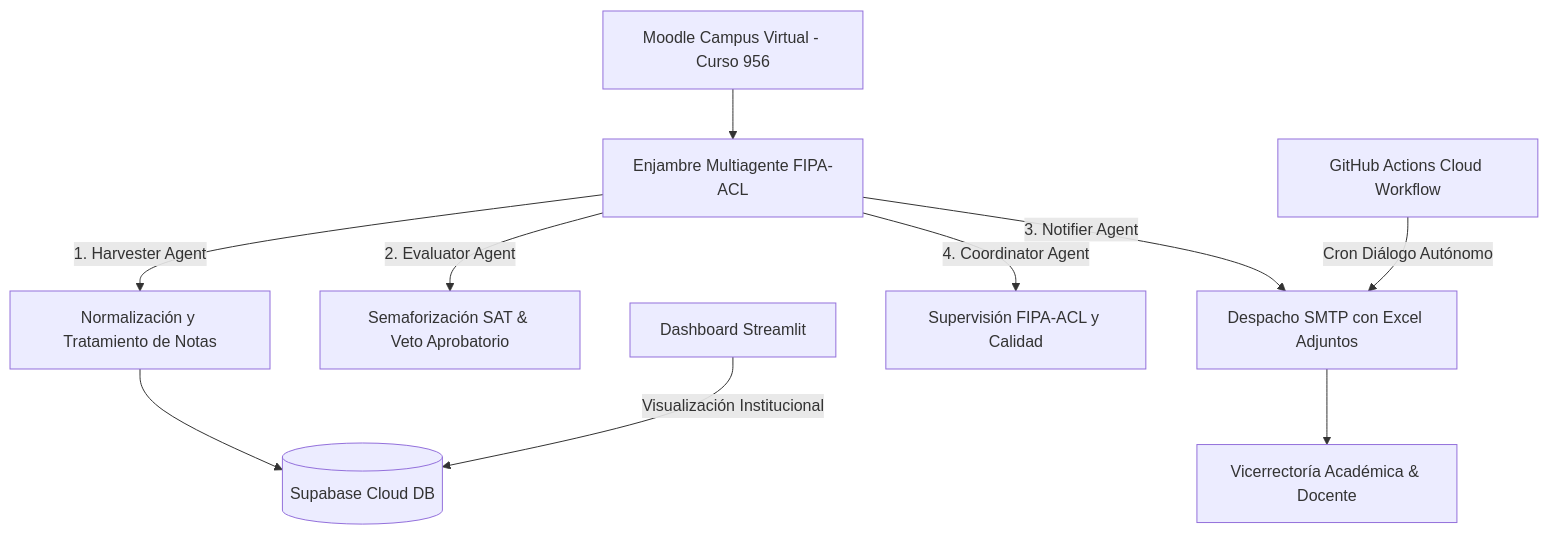
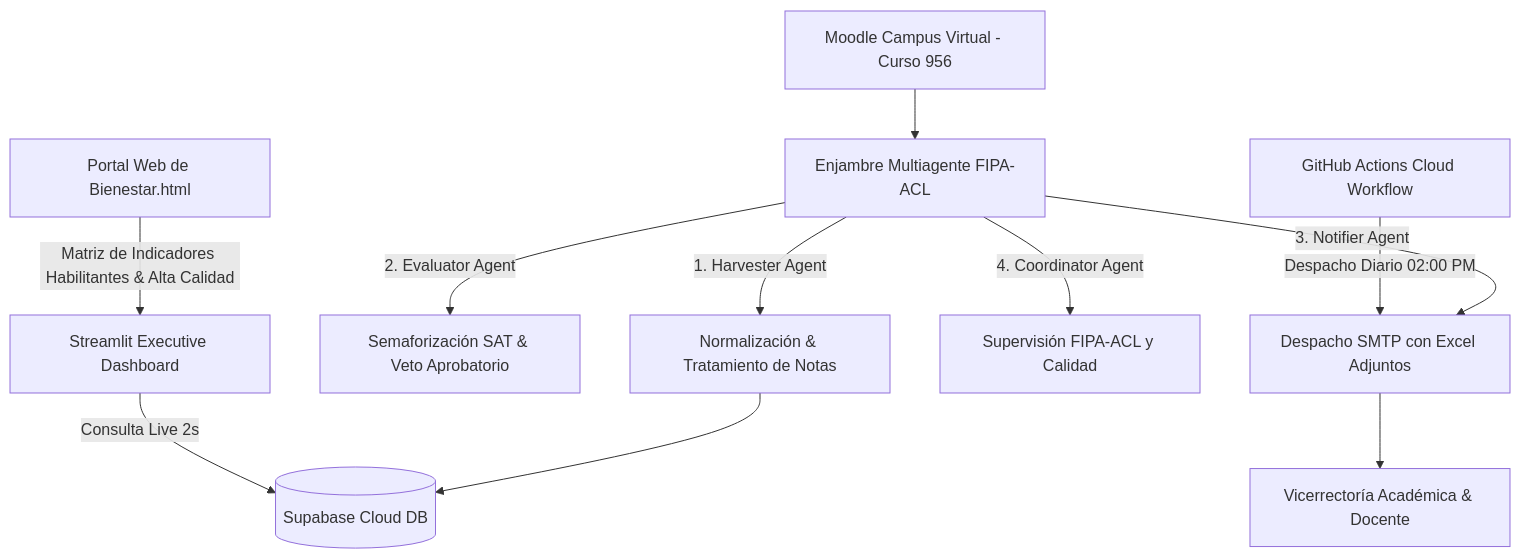
The diagram in MEMORIA_PROYECTO_SAT_V.md (pedronoriega-eng/sat-moodle-multiagen), drawn with Mermaid before and after one commit. The commit also changed other lines of this file, not shown here.

````diff
--- a/MEMORIA_PROYECTO_SAT_V.md
+++ b/MEMORIA_PROYECTO_SAT_V.md
@@ -16,12 +16,13 @@
 ```mermaid
 graph TD
     A[Moodle Campus Virtual - Curso 956] --> B[Enjambre Multiagente FIPA-ACL]
-    B -->|1. Harvester Agent| C[Normalización y Tratamiento de Notas]
+    B -->|1. Harvester Agent| C[Normalización & Tratamiento de Notas]
     B -->|2. Evaluator Agent| D[Semaforización SAT & Veto Aprobatorio]
     B -->|3. Notifier Agent| E[Despacho SMTP con Excel Adjuntos]
     B -->|4. Coordinator Agent| F[Supervisión FIPA-ACL y Calidad]
     C --> G[(Supabase Cloud DB)]
     E --> H[Vicerrectoría Académica & Docente]
-    I[GitHub Actions Cloud Workflow] -->|Cron Diálogo Autónomo| E
-    J[Dashboard Streamlit] -->|Visualización Institucional| G
+    I[GitHub Actions Cloud Workflow] -->|Despacho Diario 02:00 PM| E
+    J[Streamlit Executive Dashboard] -->|Consulta Live 2s| G
+    K[Portal Web de Bienestar.html] -->|Matriz de Indicadores Habilitantes & Alta Calidad| J
 ```
````
